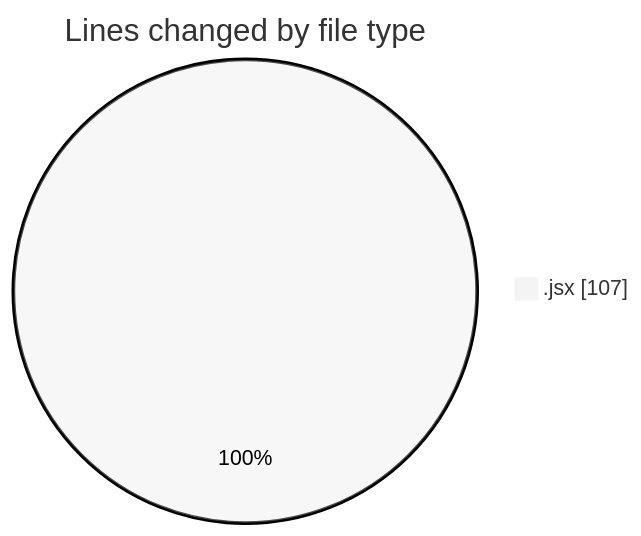
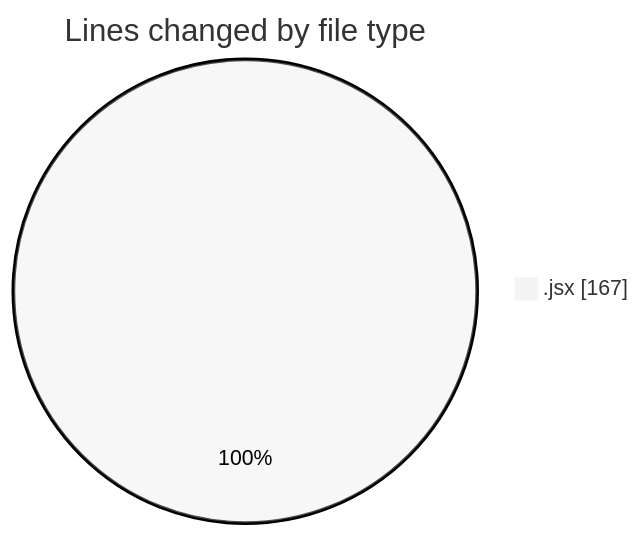
Before and after one commit to momahboobian/code-tracking: the first of 2 diagrams in 2026-02-12/cda/README.md, drawn with Mermaid (neutral theme). The commit also changed other lines of this file and 1 other file, not shown here.

````diff
--- a/2026-02-12/cda/README.md
+++ b/2026-02-12/cda/README.md
@@ -21,5 +21,5 @@
 ```mermaid
 pie showData
 title Lines changed by file type
-".jsx" : 107
+".jsx" : 167
 ```
````
